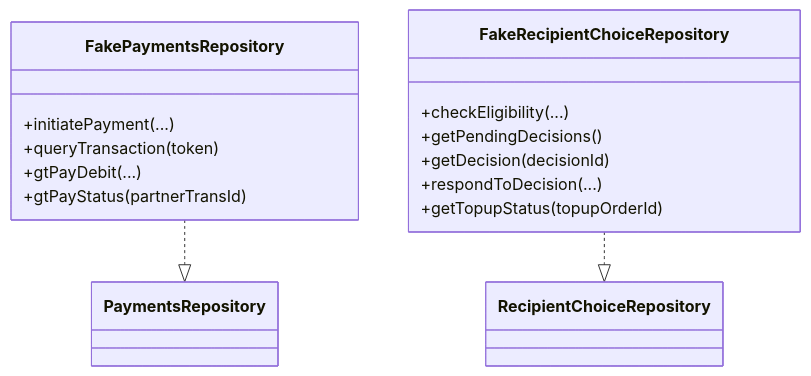
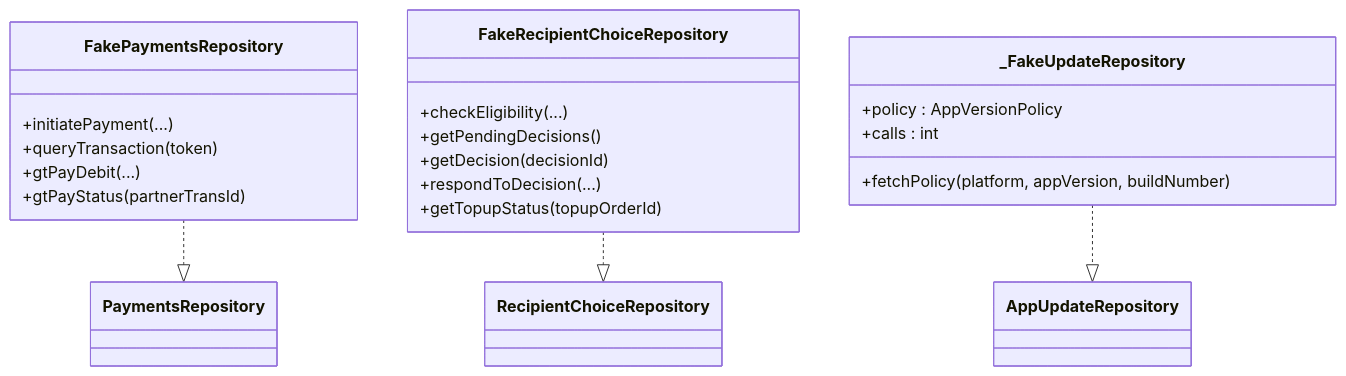
One commit to Advanstech/Lidapay-shop changed the second of 9 diagrams in .qoder/repowiki/en/content/Testing Strategy/Testing Strategy.md. Above: the diagram before and after it, drawn with Mermaid. The commit also changed other lines of this file and 174 other files, not shown here.

First line of the commit message:
docs: update app version policy and Android build guidance

````diff
--- a/.qoder/repowiki/en/content/Testing Strategy/Testing Strategy.md
+++ b/.qoder/repowiki/en/content/Testing Strategy/Testing Strategy.md
@@ -81,20 +108,27 @@
 ```mermaid
 classDiagram
 class FakePaymentsRepository {
 +initiatePayment(...)
 +queryTransaction(token)
 +gtPayDebit(...)
 +gtPayStatus(partnerTransId)
 }
 class FakeRecipientChoiceRepository {
 +checkEligibility(...)
 +getPendingDecisions()
 +getDecision(decisionId)
 +respondToDecision(...)
 +getTopupStatus(topupOrderId)
 }
+class _FakeUpdateRepository {
++policy : AppVersionPolicy
++calls : int
++fetchPolicy(platform, appVersion, buildNumber)
+}
 class PaymentsRepository
 class RecipientChoiceRepository
+class AppUpdateRepository
 FakePaymentsRepository ..|> PaymentsRepository
 FakeRecipientChoiceRepository ..|> RecipientChoiceRepository
+_FakeUpdateRepository ..|> AppUpdateRepository
 ```
````
